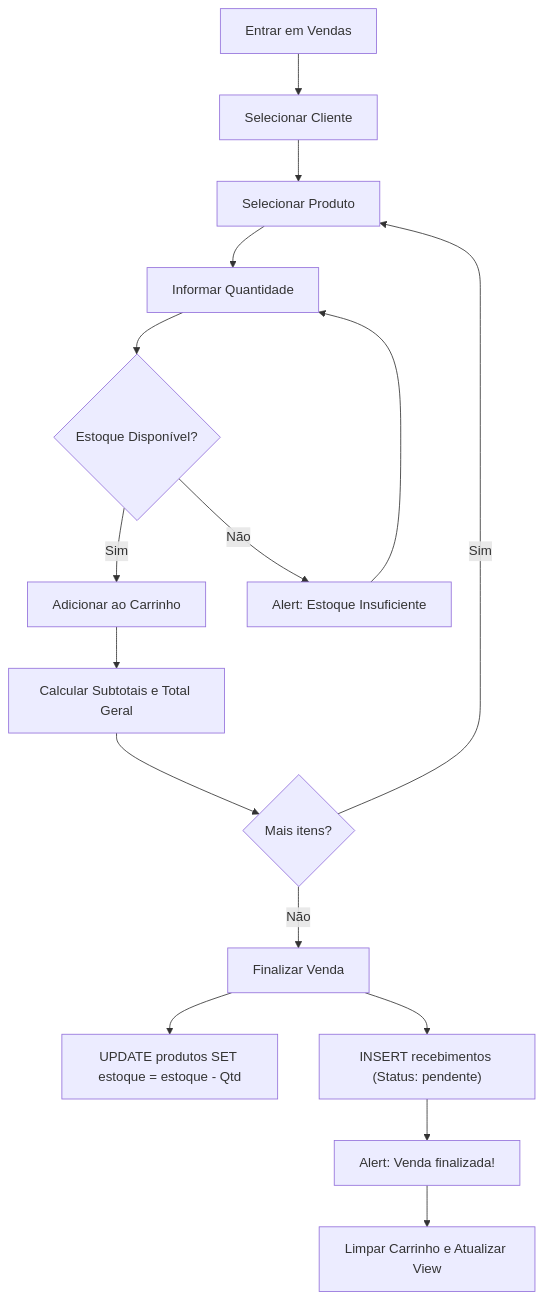
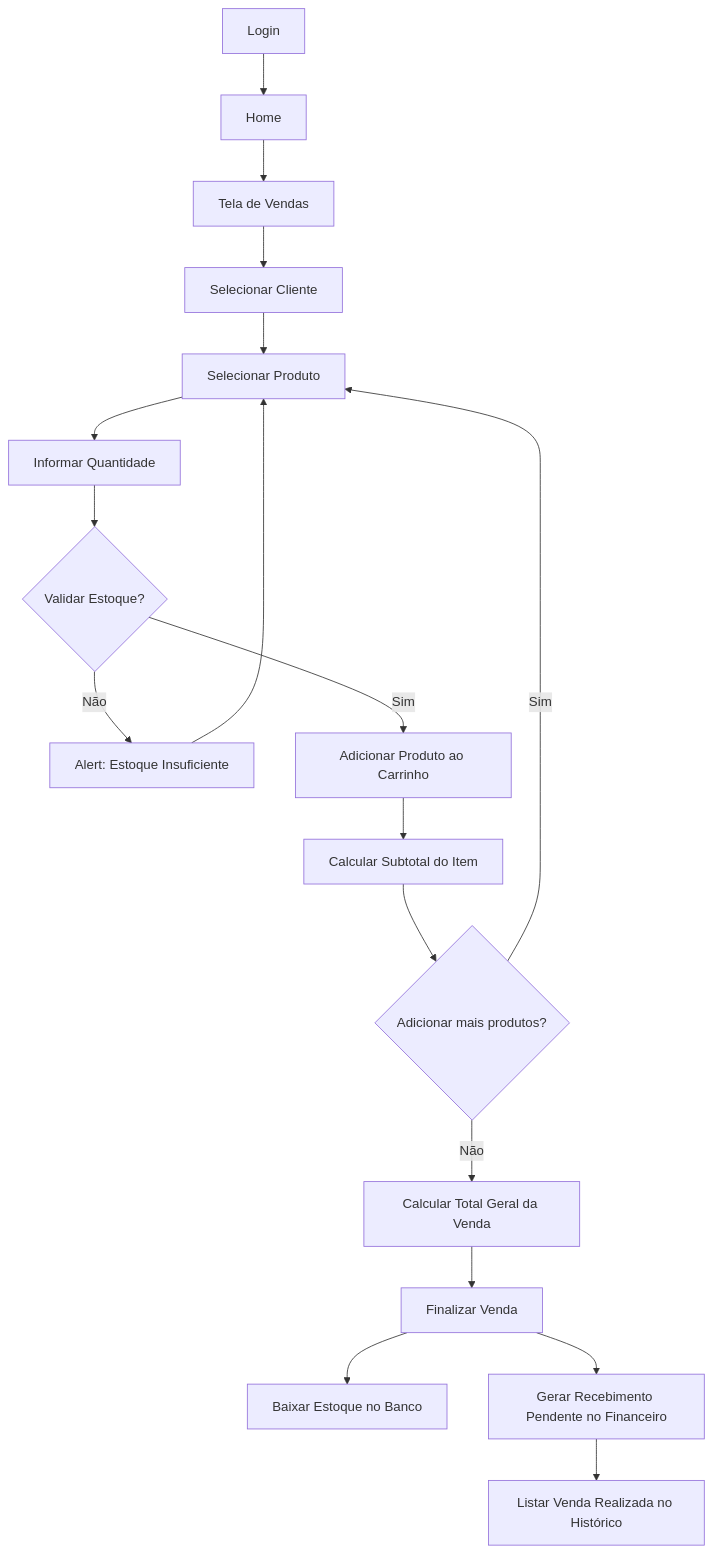
One commit to EduardoHenrrykSimonato/sistema-gestao-comercial changed the ninth of 11 diagrams in README.md. Above: the diagram before and after it, drawn with Mermaid. The commit also changed other lines of this file and 3 other files, not shown here.

Commit message:
docs: auditoria e sincronizacao de todos os diagramas Mermaid do projeto

````diff
--- a/README.md
+++ b/README.md
@@ -351,17 +483,19 @@
 ```mermaid
 flowchart TD
-    Venda["Entrar em Vendas"] --> SelCliente["Selecionar Cliente"]
+    Login["Login"] --> Home["Home"]
+    Home --> Venda["Tela de Vendas"]
+    Venda --> SelCliente["Selecionar Cliente"]
     SelCliente --> SelProd["Selecionar Produto"]
     SelProd --> InfQtd["Informar Quantidade"]
-    InfQtd --> ValEst{"Estoque Disponível?"}
-    ValEst -- Sim --> AddProd["Adicionar ao Carrinho"]
-    ValEst -- Não --> AlertEst["Alert: Estoque Insuficiente"] --> InfQtd
-    AddProd --> CalcTotal["Calcular Subtotais e Total Geral"]
-    CalcTotal --> Loop{"Mais itens?"}
+    InfQtd --> ValEst{"Validar Estoque?"}
+    ValEst -- Não --> AlertEst["Alert: Estoque Insuficiente"] --> SelProd
+    ValEst -- Sim --> AddProd["Adicionar Produto ao Carrinho"]
+    AddProd --> CalcSub["Calcular Subtotal do Item"]
+    CalcSub --> Loop{"Adicionar mais produtos?"}
     Loop -- Sim --> SelProd
-    Loop -- Não --> FinVenda["Finalizar Venda"]
-    FinVenda --> BaixEst["UPDATE produtos SET estoque = estoque - Qtd"]
-    FinVenda --> GerReceb["INSERT recebimentos (Status: pendente)"]
-    GerReceb --> AlertSuc["Alert: Venda finalizada!"]
-    AlertSuc --> Clear["Limpar Carrinho e Atualizar View"]
+    Loop -- Não --> CalcTotal["Calcular Total Geral da Venda"]
+    CalcTotal --> FinVenda["Finalizar Venda"]
+    FinVenda --> BaixEst["Baixar Estoque no Banco"]
+    FinVenda --> GerReceb["Gerar Recebimento Pendente no Financeiro"]
+    GerReceb --> ListVendas["Listar Venda Realizada no Histórico"]
 ```
````
